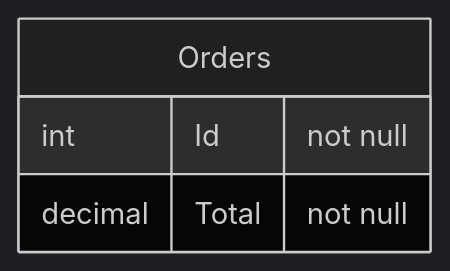
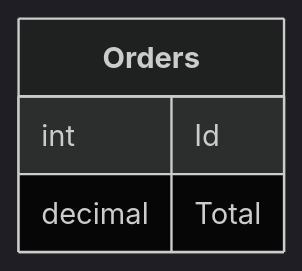
Before and after one commit to SimonCropp/DbToMermaid: the diagram in src/SqlServerToMermaidTool.Tests/IntegrationTests.RawSql_ToMarkdown.verified.md, drawn with Mermaid (dark theme). The commit also changed 41 other files, not shown here.

````diff
--- a/src/SqlServerToMermaidTool.Tests/IntegrationTests.RawSql_ToMarkdown.verified.md
+++ b/src/SqlServerToMermaidTool.Tests/IntegrationTests.RawSql_ToMarkdown.verified.md
@@ -1,7 +1,7 @@
 ```mermaid
 erDiagram
-  Orders {
-    int Id "not null"
-    decimal Total "not null"
+  Orders["**Orders**"] {
+    int Id
+    decimal Total
   }
 ```
````
